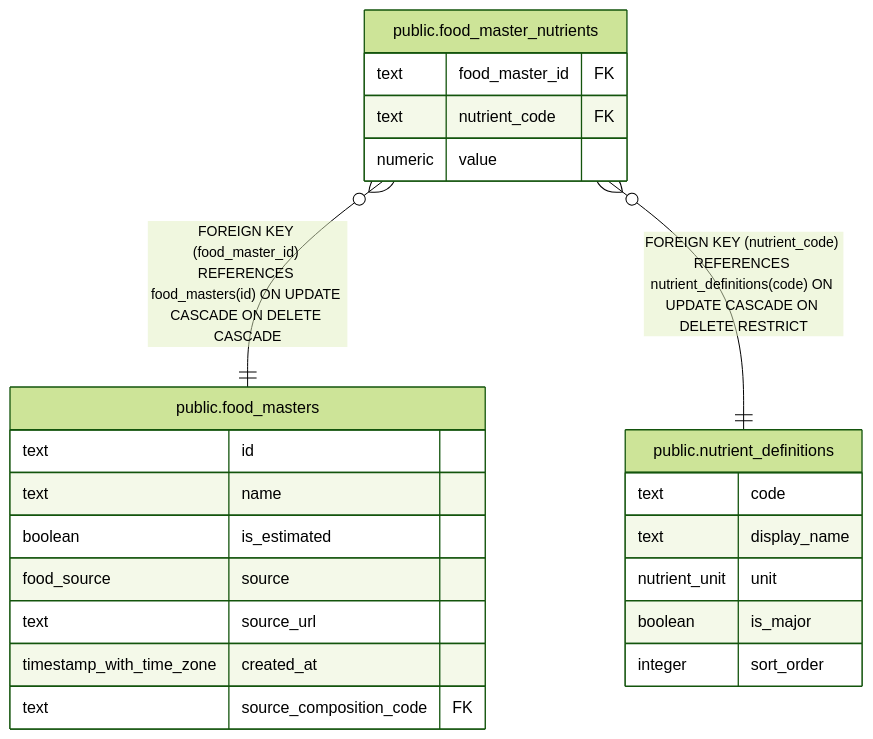
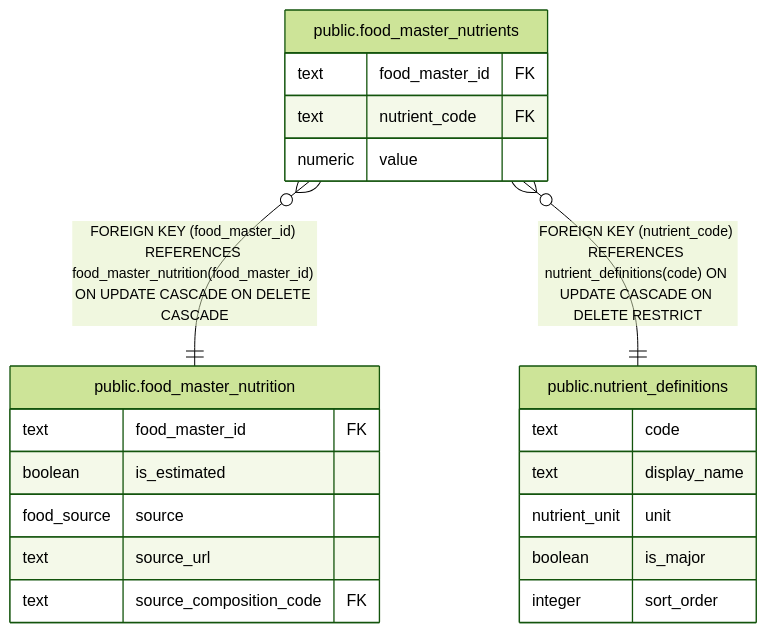
Before and after one commit to fohte/meshi: the diagram in docs/db/public.food_master_nutrients.md, drawn with Mermaid (forest theme). The commit also changed other lines of this file and 28 other files, not shown here.

````diff
--- a/docs/db/public.food_master_nutrients.md
+++ b/docs/db/public.food_master_nutrients.md
@@ -36,28 +36,26 @@
 ```mermaid
 erDiagram
 
-"public.food_master_nutrients" }o--|| "public.food_masters" : "FOREIGN KEY (food_master_id) REFERENCES food_masters(id) ON UPDATE CASCADE ON DELETE CASCADE"
+"public.food_master_nutrients" }o--|| "public.food_master_nutrition" : "FOREIGN KEY (food_master_id) REFERENCES food_master_nutrition(food_master_id) ON UPDATE CASCADE ON DELETE CASCADE"
 "public.food_master_nutrients" }o--|| "public.nutrient_definitions" : "FOREIGN KEY (nutrient_code) REFERENCES nutrient_definitions(code) ON UPDATE CASCADE ON DELETE RESTRICT"
 
 "public.food_master_nutrients" {
   text food_master_id FK
   text nutrient_code FK
   numeric value
 }
-"public.food_masters" {
-  text id
-  text name
+"public.food_master_nutrition" {
+  text food_master_id FK
   boolean is_estimated
   food_source source
   text source_url
-  timestamp_with_time_zone created_at
   text source_composition_code FK
 }
 "public.nutrient_definitions" {
   text code
   text display_name
   nutrient_unit unit
   boolean is_major
   integer sort_order
 }
 ```
````
